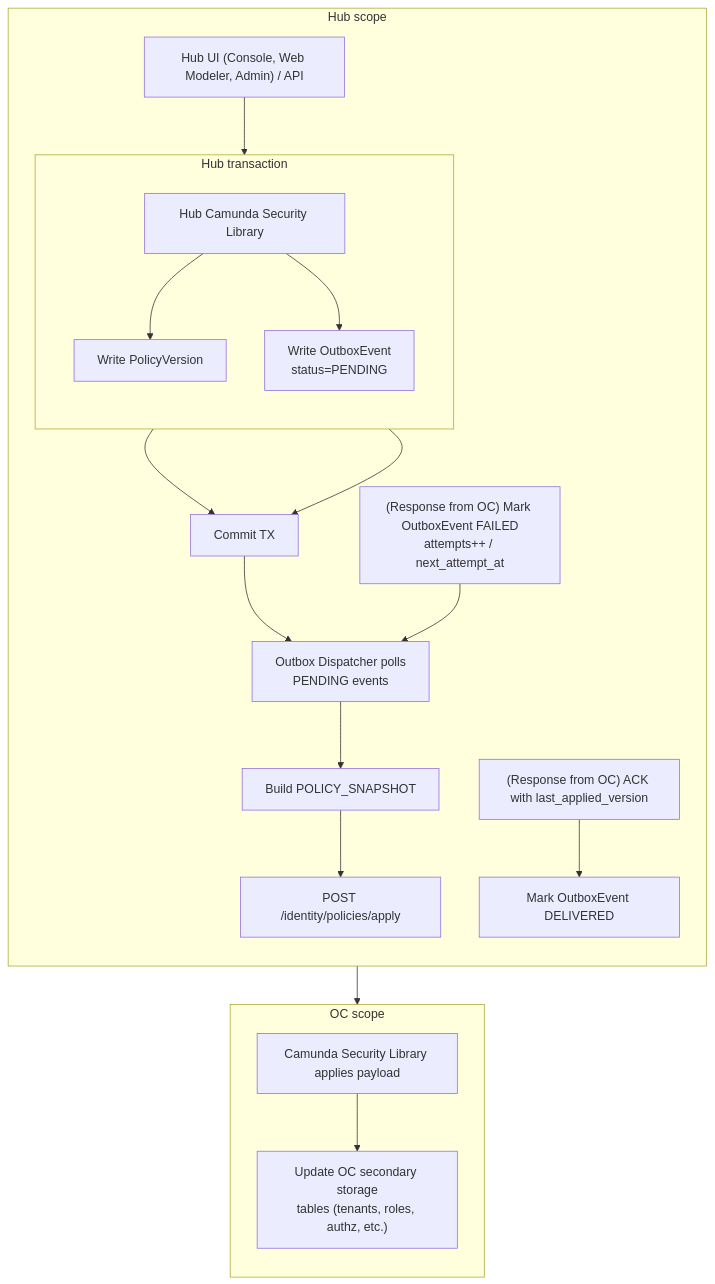
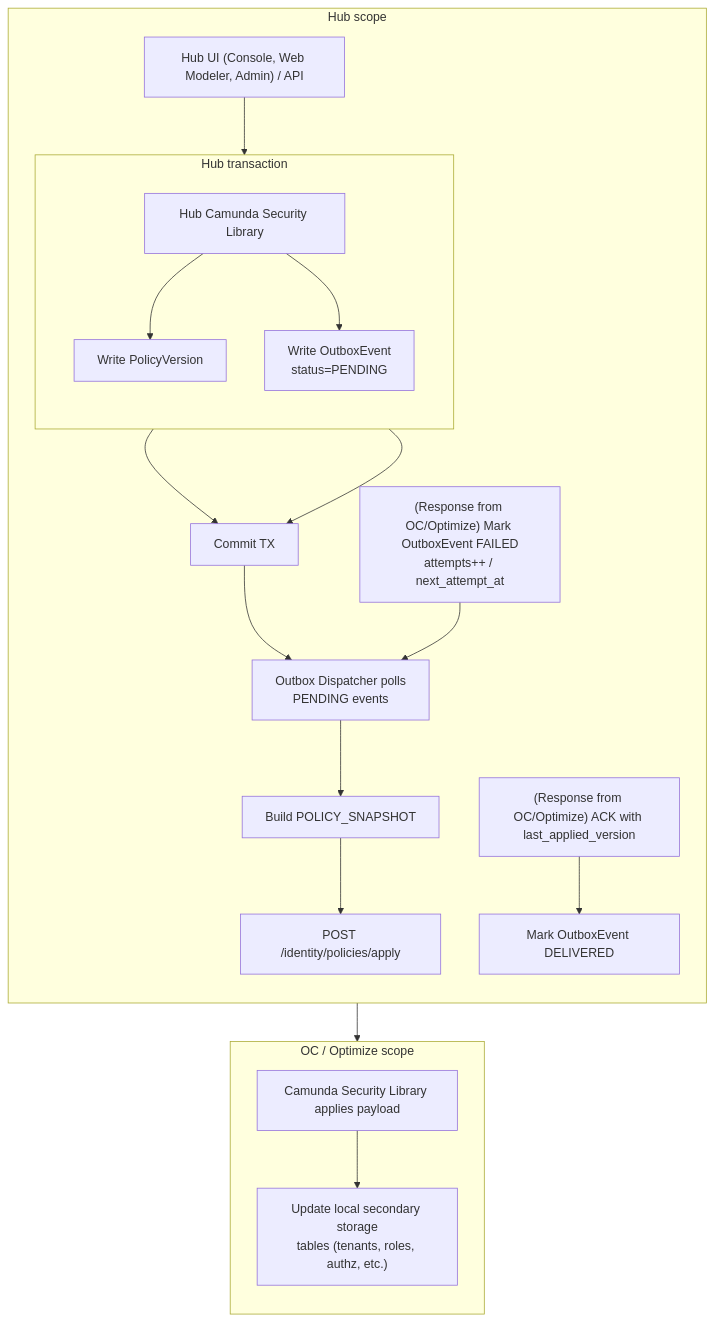
The ninth of 23 diagrams in docs/architecture_docs.md (camunda/camunda-security-library), drawn with Mermaid before and after one commit. The commit also changed other lines of this file, not shown here.

First line of the commit message:
docs: update deployment modes and policy distribution for Optimize

````diff
--- a/docs/architecture_docs.md
+++ b/docs/architecture_docs.md
@@ -749,30 +833,30 @@
 ```mermaid
 flowchart TB
   subgraph HUB["Hub scope"]
     direction TB
     HubUi["Hub UI (Console, Web Modeler, Admin) / API"] --> HubSvc["Hub Camunda Security Library"]
 
     subgraph HubTx["Hub transaction"]
       direction TB
       HubSvc --> WritePolicy["Write PolicyVersion"]
       HubSvc --> WriteOutbox["Write OutboxEvent</br>status=PENDING"]
     end
 
     WritePolicy & WriteOutbox --> Commit["Commit TX"]
     Commit --> Poll["Outbox Dispatcher polls</br>PENDING events"]
     Poll --> Snapshot["Build POLICY_SNAPSHOT"]
     Snapshot --> Send["POST /identity/policies/apply"]
-    Ack["(Response from OC) ACK with last_applied_version"] --> Delivered["Mark OutboxEvent DELIVERED"]
-    Failed["(Response from OC) Mark OutboxEvent FAILED</br>attempts++ / next_attempt_at"] --> Poll
+    Ack["(Response from OC/Optimize) ACK with last_applied_version"] --> Delivered["Mark OutboxEvent DELIVERED"]
+    Failed["(Response from OC/Optimize) Mark OutboxEvent FAILED</br>attempts++ / next_attempt_at"] --> Poll
   end
 
-  subgraph OC_SCOPE["OC scope"]
+  subgraph OC_SCOPE["OC / Optimize scope"]
     direction TB
     OCApply["Camunda Security Library applies payload"]
-    UpdateStorage["Update OC secondary storage</br>tables (tenants, roles, authz, etc.)"]
+    UpdateStorage["Update local secondary storage</br>tables (tenants, roles, authz, etc.)"]
 
     OCApply --> UpdateStorage
   end
 
   Send --> OCApply
 ```
````
